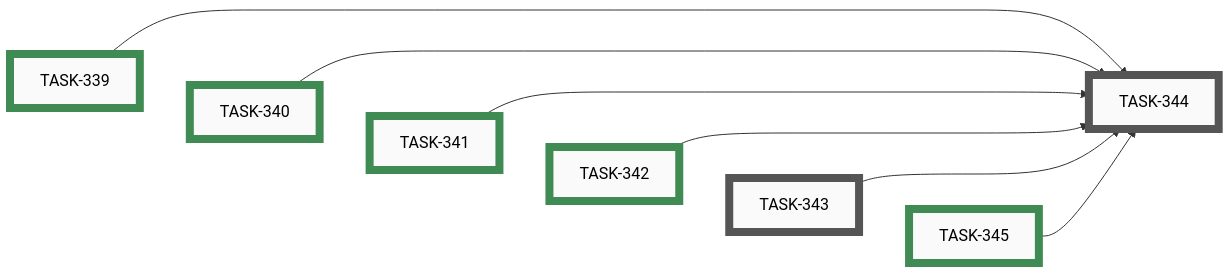
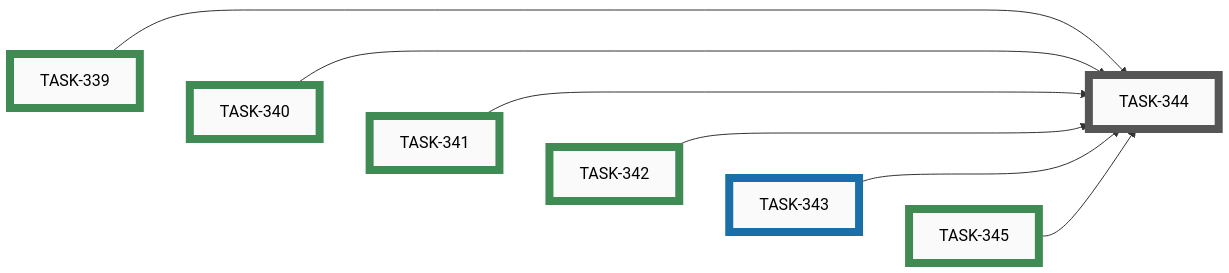
The ninth of 11 diagrams in docs/developers/tasks/EPICS.md (tgd1975/AwesomeStudioPedal), drawn with Mermaid before and after one commit. The commit also changed other lines of this file and 10 other files, not shown here.

Commit message:
feat(branding): add GitHub social preview image and og:image meta tags (TASK-343)

````diff
--- a/docs/developers/tasks/EPICS.md
+++ b/docs/developers/tasks/EPICS.md
@@ -376,32 +370,32 @@
 ```mermaid
 graph LR
-    TASK_343["TASK-343"]:::open
     TASK_344["TASK-344"]:::open
+    TASK_343["TASK-343"]:::active
     TASK_339["TASK-339"]:::closed
     TASK_340["TASK-340"]:::closed
     TASK_341["TASK-341"]:::closed
     TASK_342["TASK-342"]:::closed
     TASK_345["TASK-345"]:::closed
     TASK_339 --> TASK_344
     TASK_340 --> TASK_344
     TASK_341 --> TASK_344
     TASK_342 --> TASK_344
     TASK_343 --> TASK_344
     TASK_345 --> TASK_344
     TASK_339 ~~~ TASK_340 ~~~ TASK_341 ~~~ TASK_342 ~~~ TASK_343 ~~~ TASK_345
-    click TASK_343 "open/task-343-add-github-social-preview-image.md"
     click TASK_344 "open/task-344-archive-idea-049-after-logo-tasks-shipped.md"
+    click TASK_343 "active/task-343-add-github-social-preview-image.md"
     click TASK_339 "closed/task-339-add-asp-logo-to-web-simulator-header.md"
     click TASK_340 "closed/task-340-add-asp-logo-to-profile-builder-header.md"
     click TASK_341 "closed/task-341-add-asp-logo-to-configuration-builder-header.md"
     click TASK_342 "closed/task-342-add-asp-logo-to-mobile-app-appbar.md"
     click TASK_345 "closed/task-345-swap-android-launcher-icon-to-asp-mark.md"
     classDef open    fill:#FAFAFA,stroke:#555,stroke-width:8px,color:#000
     classDef active  fill:#FAFAFA,stroke:#1A6FA8,stroke-width:8px,color:#000
     classDef closed  fill:#FAFAFA,stroke:#3F8B53,stroke-width:8px,color:#000
     classDef paused  fill:#FAFAFA,stroke:#B07810,stroke-width:8px,color:#000
     classDef openExt    fill:#000,stroke:#888,stroke-width:8px,color:#FFF
     classDef activeExt  fill:#000,stroke:#3FA9F5,stroke-width:8px,color:#FFF
     classDef closedExt  fill:#000,stroke:#7CC68A,stroke-width:8px,color:#FFF
     classDef pausedExt  fill:#000,stroke:#F0B030,stroke-width:8px,color:#FFF
 ```
````
